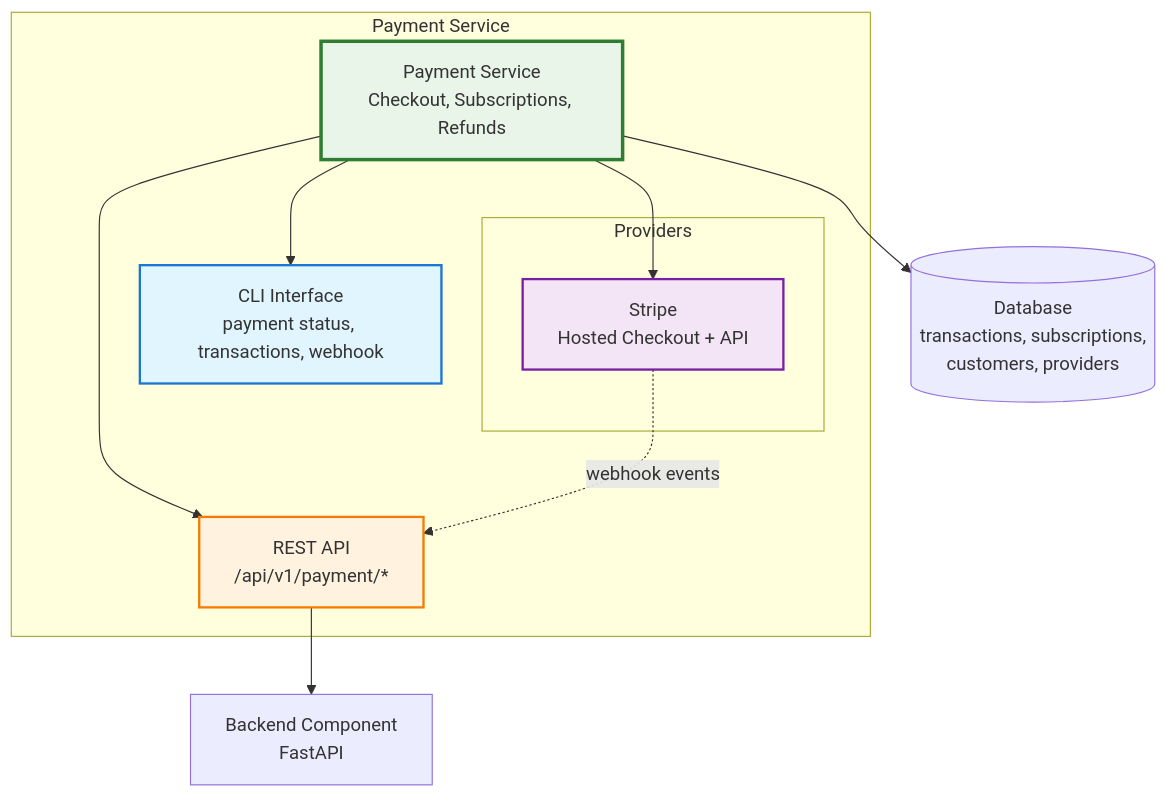
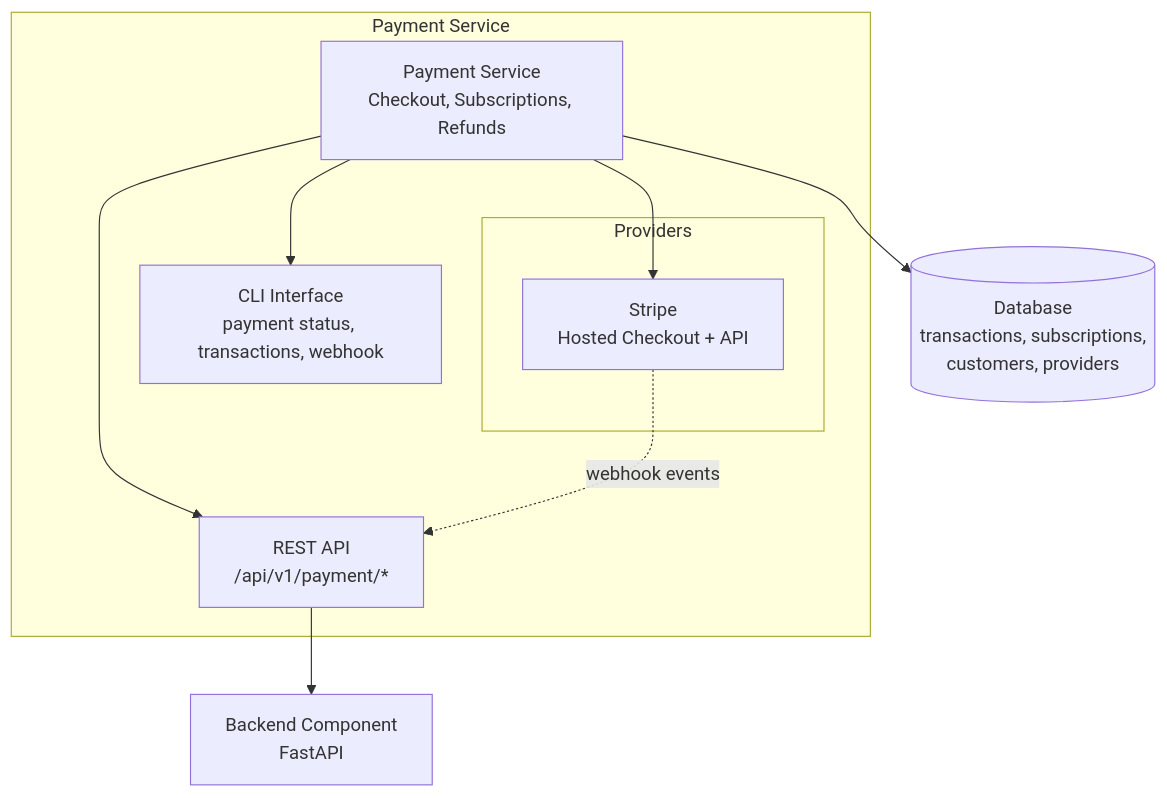
Before and after one commit to bhardwajRahul/aegis-stack: the diagram in docs/services/payment/index.md, drawn with Mermaid. The commit also changed 26 other files, not shown here.

````diff
--- a/docs/services/payment/index.md
+++ b/docs/services/payment/index.md
@@ -34,28 +34,24 @@
 ```mermaid
 graph TB
     subgraph "Payment Service"
-        PaymentService[Payment Service<br/>Checkout, Subscriptions, Refunds]
+        PaymentService["Payment Service<br/>Checkout, Subscriptions, Refunds"]
 
-        CLI[CLI Interface<br/>payment status, transactions, webhook]
-        API[REST API<br/>/api/v1/payment/*]
+        CLI["CLI Interface<br/>payment status, transactions, webhook"]
+        API["REST API<br/>/api/v1/payment/*"]
 
         subgraph "Providers"
-            Stripe[Stripe<br/>Hosted Checkout + API]
+            Stripe["Stripe<br/>Hosted Checkout + API"]
         end
     end
 
-    Backend[Backend Component<br/>FastAPI]
-    Database[(Database<br/>transactions, subscriptions,<br/>customers, providers)]
+    Backend["Backend Component<br/>FastAPI"]
+    Database[("Database<br/>transactions, subscriptions,<br/>customers, providers")]
 
     PaymentService --> CLI
     PaymentService --> API
     PaymentService --> Stripe
     API --> Backend
     PaymentService --> Database
     Stripe -.->|webhook events| API
 
-    style PaymentService fill:#e8f5e8,stroke:#2e7d32,stroke-width:3px
-    style CLI fill:#e1f5fe,stroke:#1976d2,stroke-width:2px
-    style API fill:#fff3e0,stroke:#f57c00,stroke-width:2px
-    style Stripe fill:#f3e5f5,stroke:#7b1fa2,stroke-width:2px
 ```
````
